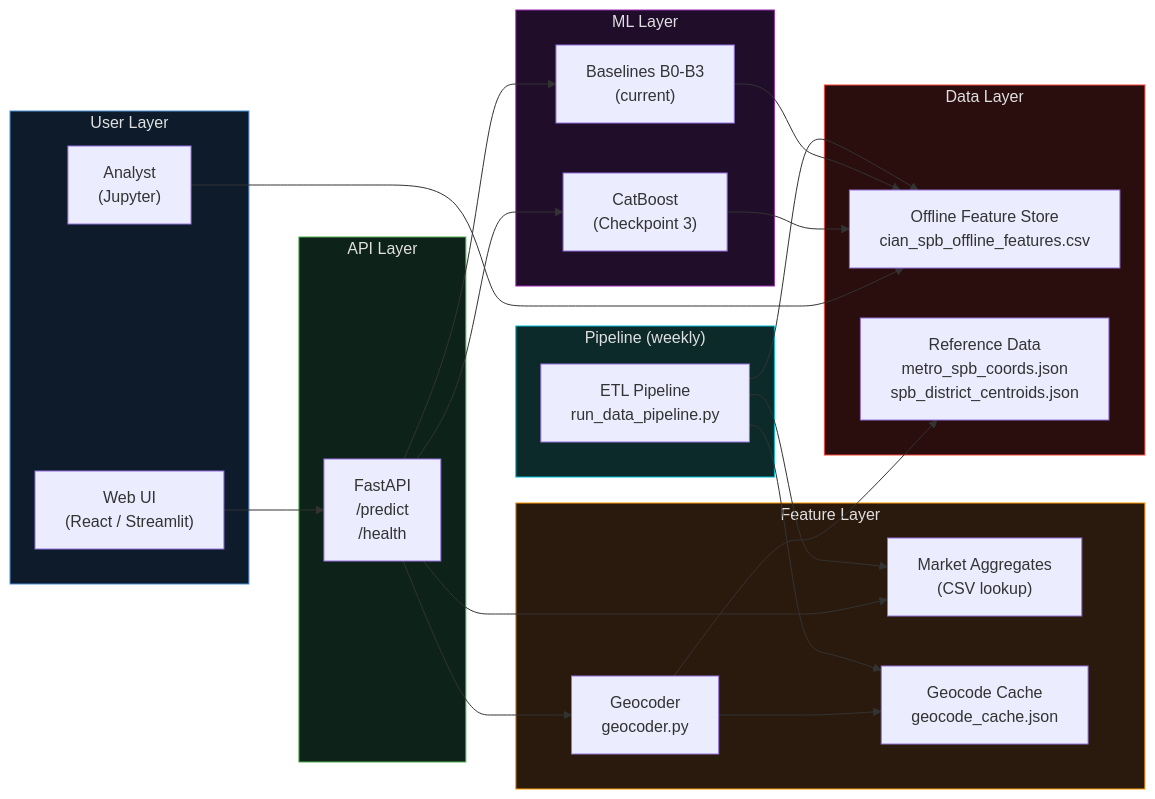
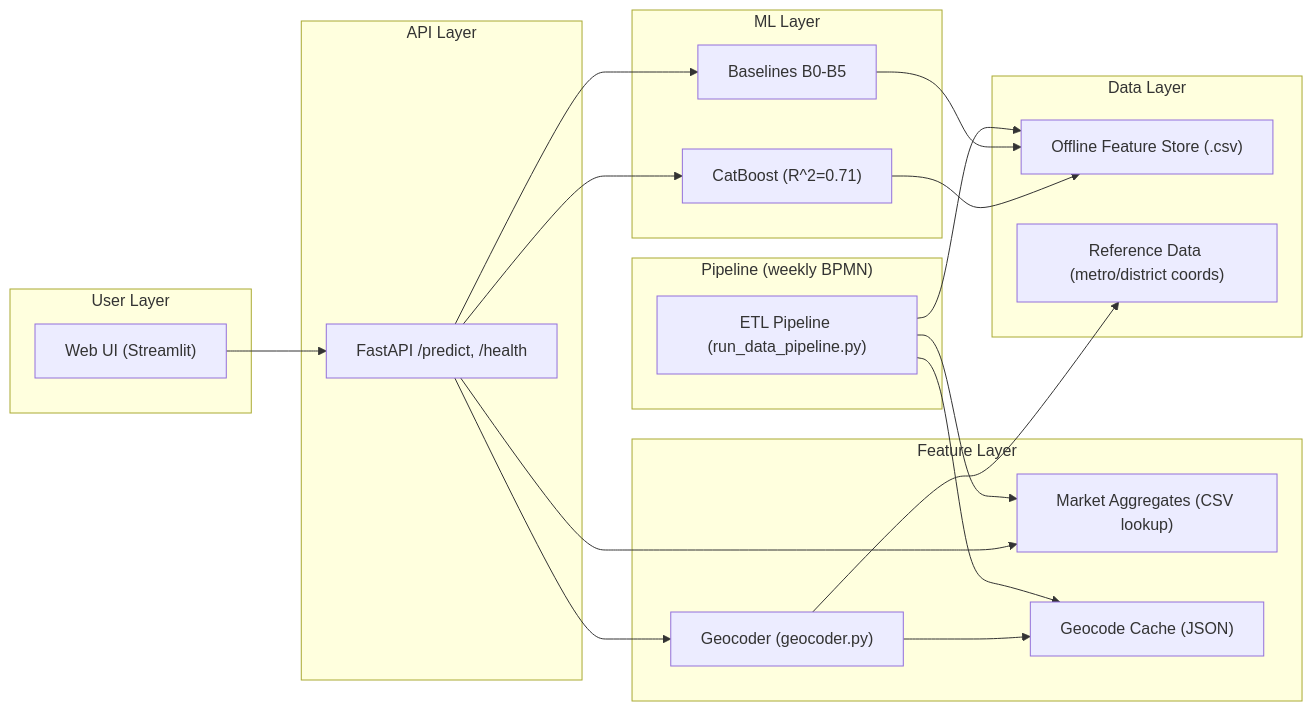
Before and after one commit to firas-omran/CIAN-Real-Estate-Price-Intelligence-SPB: the third of 3 diagrams in docs/architecture_bpmn.md, drawn with Mermaid. The commit also changed other lines of this file and 2 other files, not shown here.

First line of the commit message:
Add proper BPMN 2.0 data pipeline diagram

````diff
--- a/docs/architecture_bpmn.md
+++ b/docs/architecture_bpmn.md
@@ -112,56 +173,43 @@
 ```mermaid
 flowchart LR
     subgraph USER ["User Layer"]
-        UI["Web UI\n(React / Streamlit)"]
-        ANALYST["Analyst\n(Jupyter)"]
+        UI["Web UI (Streamlit)"]
     end
 
     subgraph API_LAYER ["API Layer"]
-        FASTAPI["FastAPI\n/predict\n/health"]
+        FASTAPI["FastAPI /predict, /health"]
     end
 
     subgraph ML_LAYER ["ML Layer"]
-        MODEL["CatBoost\n(Checkpoint 3)"]
-        BASELINE["Baselines B0-B3\n(current)"]
+        MODEL["CatBoost (R^2=0.71)"]
+        BASELINE["Baselines B0-B5"]
     end
 
     subgraph FEATURE_LAYER ["Feature Layer"]
-        GEO_SVC["Geocoder\ngeocoder.py"]
-        LOOKUP["Market Aggregates\n(CSV lookup)"]
-        CACHE["Geocode Cache\ngeocode_cache.json"]
+        GEO_SVC["Geocoder (geocoder.py)"]
+        LOOKUP["Market Aggregates (CSV lookup)"]
+        CACHE["Geocode Cache (JSON)"]
     end
 
     subgraph DATA_LAYER ["Data Layer"]
-        OFFLINE["Offline Feature Store\ncian_spb_offline_features.csv"]
-        REF["Reference Data\nmetro_spb_coords.json\nspb_district_centroids.json"]
+        OFFLINE["Offline Feature Store (.csv)"]
+        REF["Reference Data (metro/district coords)"]
     end
 
-    subgraph PIPELINE ["Pipeline (weekly)"]
-        ETL["ETL Pipeline\nrun_data_pipeline.py"]
+    subgraph PIPELINE ["Pipeline (weekly BPMN)"]
+        ETL["ETL Pipeline (run_data_pipeline.py)"]
     end
 
     UI --> FASTAPI
-    ANALYST --> OFFLINE
-
     FASTAPI --> MODEL
     FASTAPI --> BASELINE
     FASTAPI --> GEO_SVC
     FASTAPI --> LOOKUP
-
     GEO_SVC --> CACHE
     GEO_SVC --> REF
-
     MODEL --> OFFLINE
     BASELINE --> OFFLINE
-
     ETL --> OFFLINE
     ETL --> LOOKUP
     ETL --> CACHE
-
-    style USER fill:#0d1b2a,color:#e0e0e0,stroke:#4a90d9
-    style API_LAYER fill:#0d2218,color:#e0e0e0,stroke:#4caf50
-    style ML_LAYER fill:#1f0d2a,color:#e0e0e0,stroke:#9c27b0
-    style FEATURE_LAYER fill:#2a1a0d,color:#e0e0e0,stroke:#ff9800
-    style DATA_LAYER fill:#2a0d0d,color:#e0e0e0,stroke:#f44336
-    style PIPELINE fill:#0d2a2a,color:#e0e0e0,stroke:#00bcd4
 ```
````
